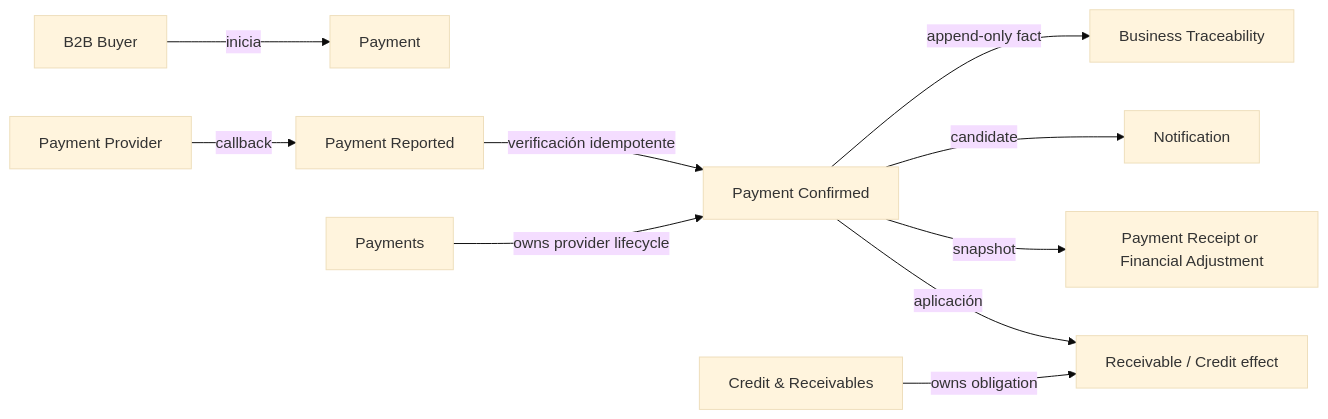
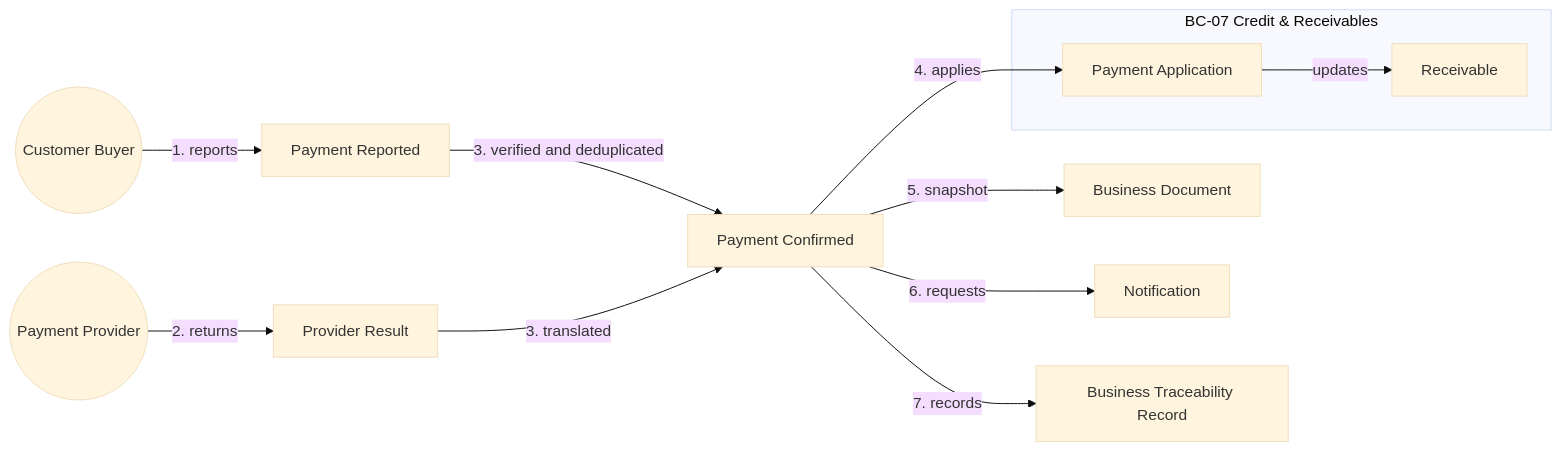
One commit to nexa-suite/mobile-report changed the fifth of 5 diagrams in report/02-requirements-and-software-solution-design/2.5-strategic-level-domain-driven-design/2.5.1-eventstorming/2.5.1.2-domain-message-flows-modeling.md. Above: the diagram before and after it, drawn with Mermaid (base theme). The commit also changed other lines of this file and 41 other files, not shown here.

````diff
--- a/report/02-requirements-and-software-solution-design/2.5-strategic-level-domain-driven-design/2.5.1-eventstorming/2.5.1.2-domain-message-flows-modeling.md
+++ b/report/02-requirements-and-software-solution-design/2.5-strategic-level-domain-driven-design/2.5.1-eventstorming/2.5.1.2-domain-message-flows-modeling.md
@@ -200,12 +227,16 @@
-~~~mermaid
+```mermaid
 flowchart LR
-  buyer["B2B Buyer"] -->|inicia| payment["Payment"]
-  provider["Payment Provider"] -->|callback| reported["Payment Reported"]
-  reported -->|verificación idempotente| confirmed["Payment Confirmed"]
-  confirmed -->|aplicación| receivable["Receivable / Credit effect"]
-  confirmed -->|snapshot| document["Payment Receipt or Financial Adjustment"]
-  confirmed -->|candidate| notification["Notification"]
-  confirmed -->|append-only fact| trace["Business Traceability"]
-  credit["Credit & Receivables"] -->|owns obligation| receivable
-  payments["Payments"] -->|owns provider lifecycle| confirmed
-~~~
+  buyer((Customer Buyer)) -->|1. reports| reported[Payment Reported]
+  provider((Payment Provider)) -->|2. returns| result[Provider Result]
+  reported -->|3. verified and deduplicated| confirmed[Payment Confirmed]
+  result -->|3. translated| confirmed
+  subgraph finance["BC-07 Credit & Receivables"]
+    receivable[Receivable]
+    application[Payment Application]
+  end
+  confirmed -->|4. applies| application
+  application -->|updates| receivable
+  confirmed -->|5. snapshot| document[Business Document]
+  confirmed -->|6. requests| notification[Notification]
+  confirmed -->|7. records| trace[Business Traceability Record]
+```
````
